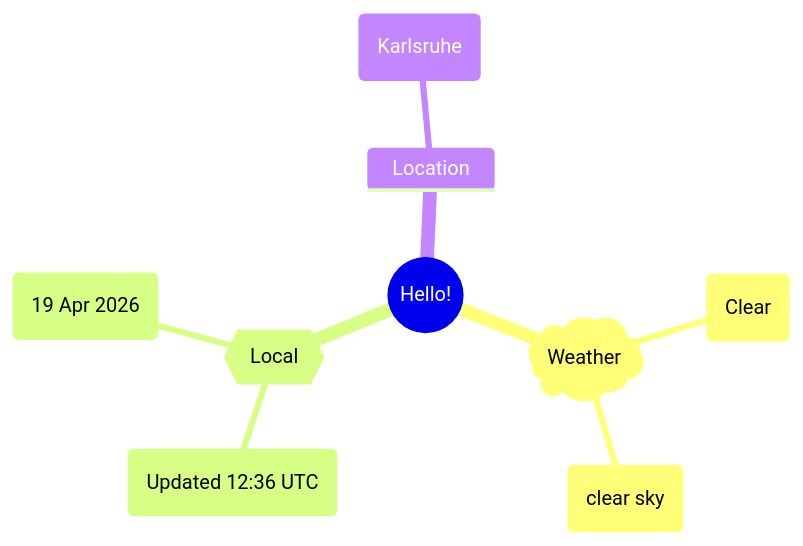
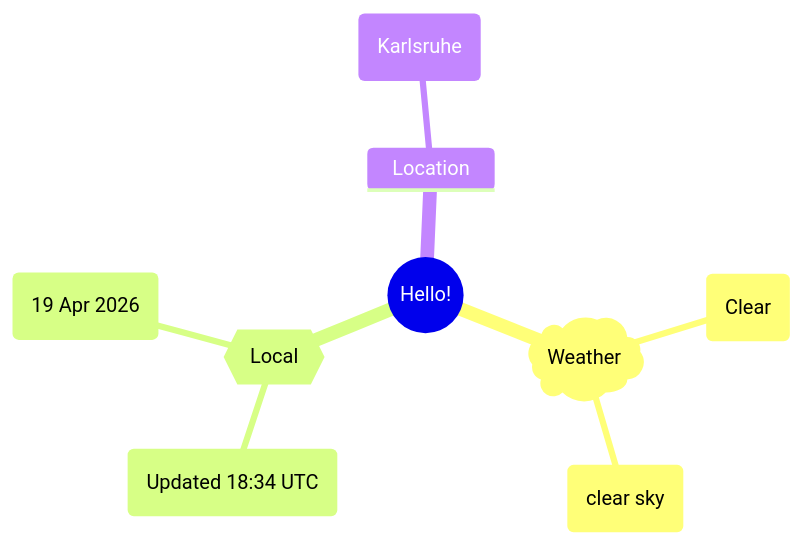
One commit to Xosrov/Xosrov changed the first of 2 diagrams in README.md. Above: the diagram before and after it, drawn with Mermaid.

Commit message:
[bot] updated images

````diff
--- a/README.md
+++ b/README.md
@@ -3,12 +3,12 @@
 ```mermaid
 mindmap
   root((Hello!))
     )Weather(
         (Clear)
         (clear sky)
     {{Local}}
-        (Updated 12:36 UTC)
+        (Updated 18:34 UTC)
         (19 Apr 2026)
     Location
         (Karlsruhe)
 ```
````
